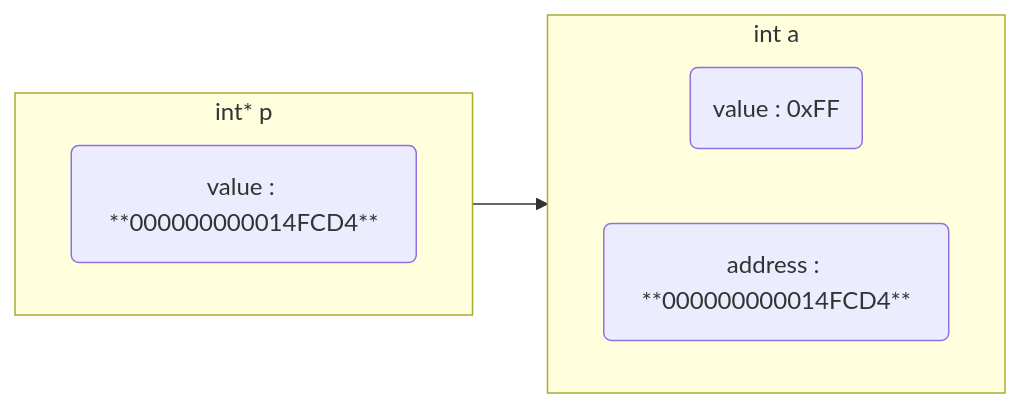
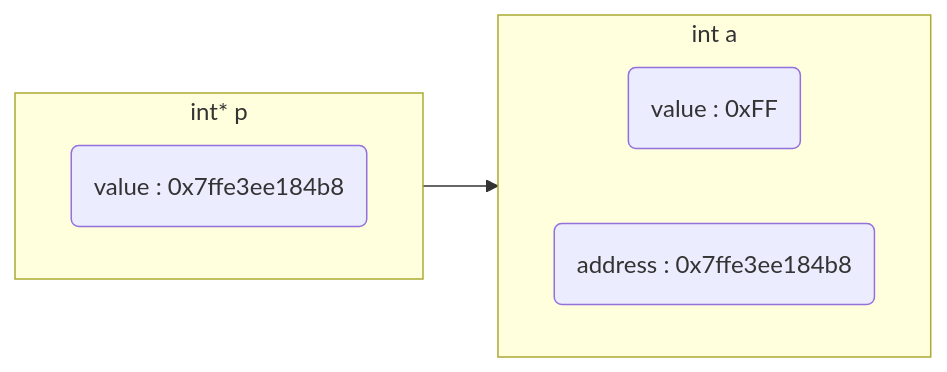
One commit to dmjcb/dmjcb.github.io changed the second of 5 diagrams in _posts/language/c_c++/pointer/2022-01-08-指针.md. Above: the diagram before and after it, drawn with Mermaid. The commit also changed other lines of this file and 7 other files, not shown here.

````diff
--- a/_posts/language/c_c++/pointer/2022-01-08-指针.md
+++ b/_posts/language/c_c++/pointer/2022-01-08-指针.md
@@ -76,13 +106,13 @@
 ```mermaid
 graph LR;
     subgraph S1[int a]
         direction LR
         V2(value : 0xFF)
-        A2(address : **000000000014FCD4**)
+        A2(address : 0x7ffe3ee184b8)
     end
     subgraph S2[int* p]
         direction LR
-        V1(value : **000000000014FCD4**)
+        V1(value : 0x7ffe3ee184b8)
     end
-    V1-->A2
+    V1-->S1
 ```
````
